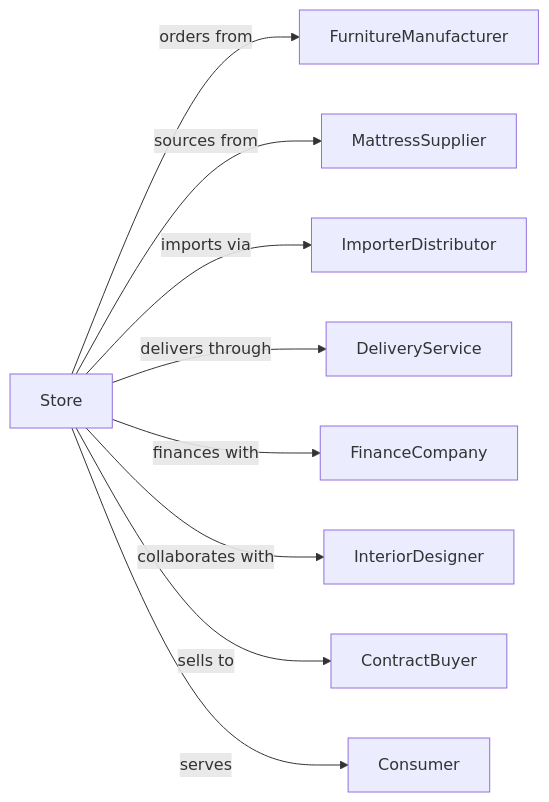
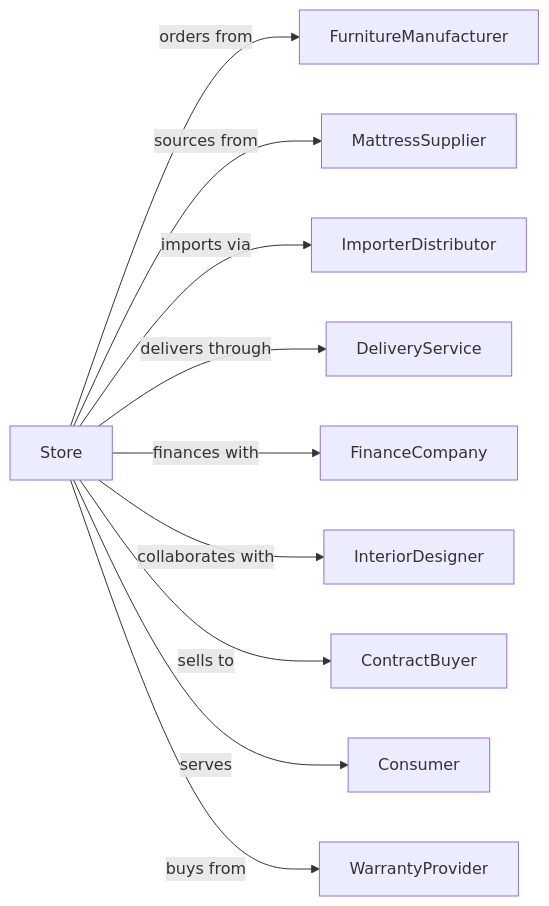
One commit to dot-org-ai/industries.org.ai changed the second of 2 diagrams in RetailTrade/FurnitureHomeFurnishingsElectronicsAndApplianceRetailers/FurnitureAndHomeFurnishingsRetailers/FurnitureRetailers.mdx. Above: the diagram before and after it, drawn with Mermaid. The commit also changed 588 other files, not shown here.

````diff
--- a/RetailTrade/FurnitureHomeFurnishingsElectronicsAndApplianceRetailers/FurnitureAndHomeFurnishingsRetailers/FurnitureRetailers.mdx
+++ b/RetailTrade/FurnitureHomeFurnishingsElectronicsAndApplianceRetailers/FurnitureAndHomeFurnishingsRetailers/FurnitureRetailers.mdx
@@ -133,13 +133,14 @@
 ```mermaid
 graph LR
     S[Store]
 
     S -->|orders from| FurnitureManufacturer
     S -->|sources from| MattressSupplier
     S -->|imports via| ImporterDistributor
     S -->|delivers through| DeliveryService
     S -->|finances with| FinanceCompany
     S -->|collaborates with| InteriorDesigner
     S -->|sells to| ContractBuyer
     S -->|serves| Consumer
+    S -->|buys from| WarrantyProvider
 ```
````
